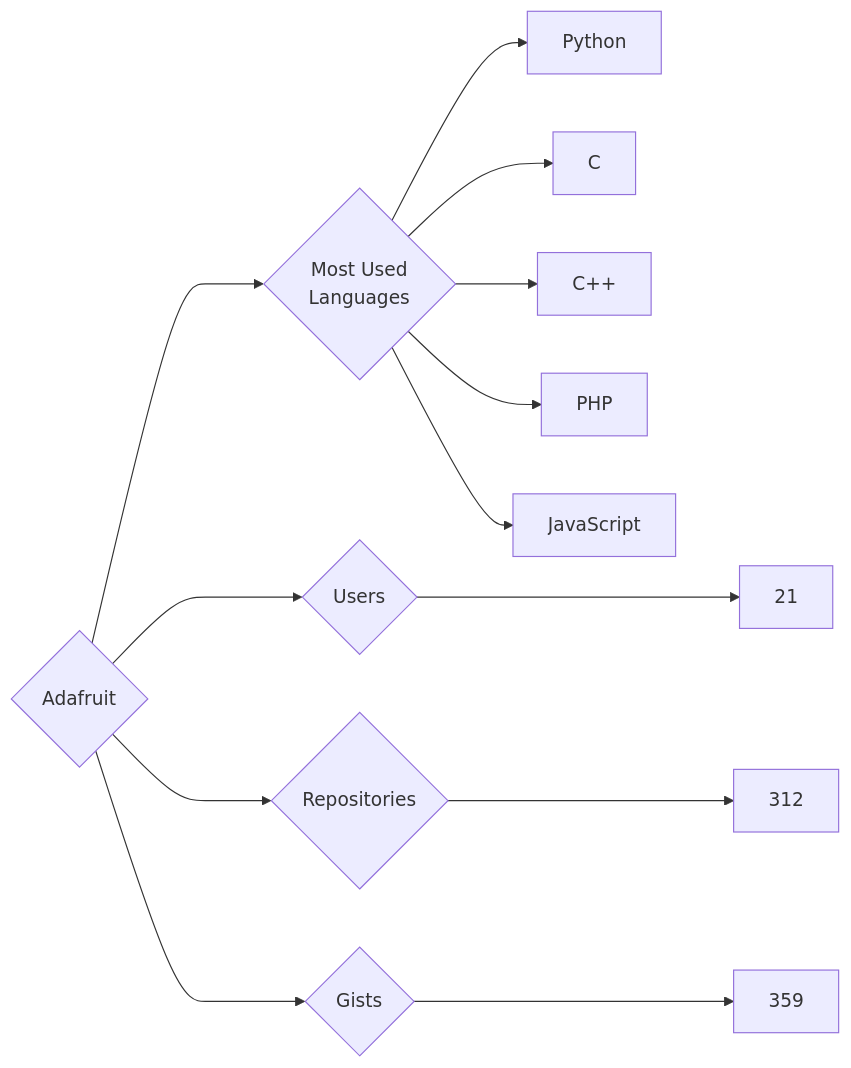
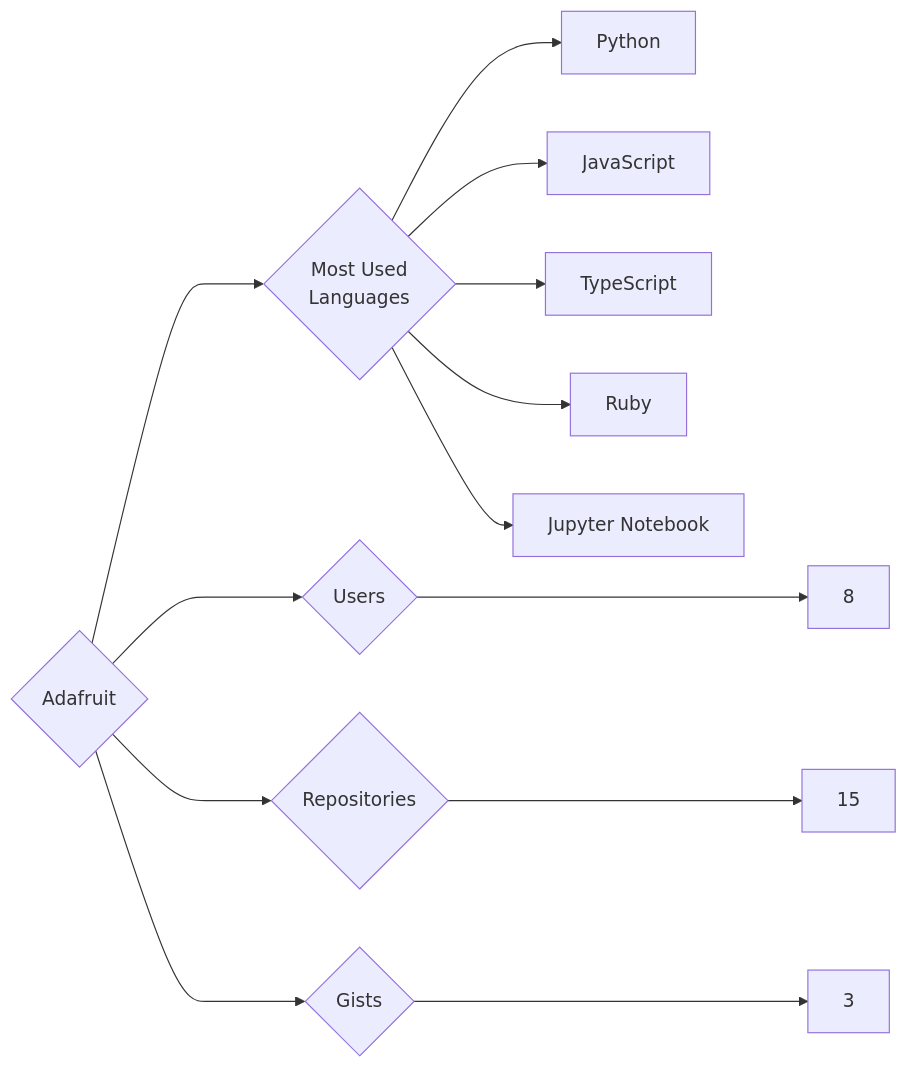
The diagram in targets/Adafruit/README.md (trickest/insiders), drawn with Mermaid before and after one commit. The commit also changed 934 other files, not shown here.

````diff
--- a/targets/Adafruit/README.md
+++ b/targets/Adafruit/README.md
@@ -3,13 +3,13 @@
 ```mermaid
 graph LR
 COMPANY_NAME{Adafruit}
-COMPANY_NAME ---> U{Users} ---> UN[21]
-COMPANY_NAME ---> R{Repositories} ---> RN[312]
-COMPANY_NAME ---> G{Gists} ---> GN[359]
+COMPANY_NAME ---> U{Users} ---> UN[8]
+COMPANY_NAME ---> R{Repositories} ---> RN[15]
+COMPANY_NAME ---> G{Gists} ---> GN[3]
 COMPANY_NAME ---> ML{Most Used<br>Languages}
 ML --> Python[Python]
-ML --> C[C]
-ML --> C++[C++]
-ML --> PHP[PHP]
 ML --> JavaScript[JavaScript]
+ML --> TypeScript[TypeScript]
+ML --> Ruby[Ruby]
+ML --> Jupyter_Notebook[Jupyter Notebook]
 ```
````
